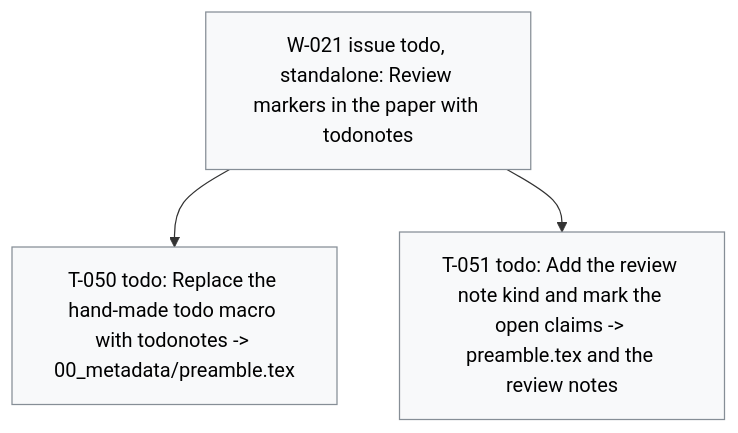
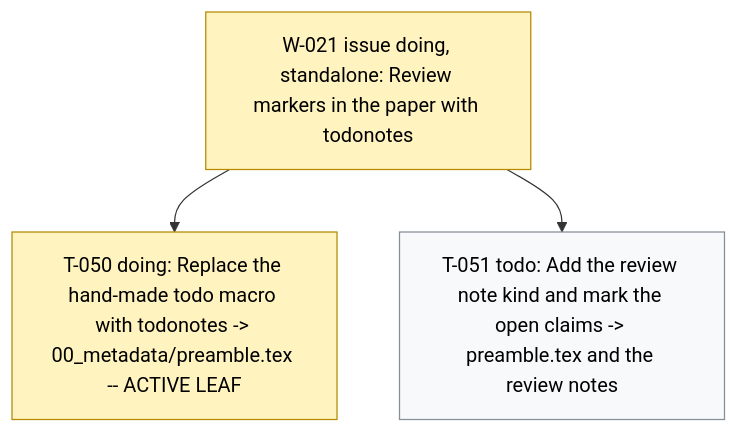
The diagram in .board/BOARD.md (dpopchev/surrogate-models), drawn with Mermaid before and after one commit. The commit also changed other lines of this file and 4 other files, not shown here.

````diff
--- a/.board/BOARD.md
+++ b/.board/BOARD.md
@@ -179,12 +179,13 @@
 ```mermaid
 flowchart TD
-  W021["W-021 issue todo, standalone: Review markers in the paper with todonotes"]
-  W021 --> T050["T-050 todo: Replace the hand-made todo macro with todonotes -> 00_metadata/preamble.tex"]
+  W021["W-021 issue doing, standalone: Review markers in the paper with todonotes"]
+  W021 --> T050["T-050 doing: Replace the hand-made todo macro with todonotes -> 00_metadata/preamble.tex -- ACTIVE LEAF"]
   W021 --> T051["T-051 todo: Add the review note kind and mark the open claims -> preamble.tex and the review notes"]
   classDef doing fill:#fff3bf,stroke:#b58900,color:#000;
   classDef blocked fill:#ffe3e3,stroke:#c92a2a,color:#000;
   classDef done fill:#e6ffed,stroke:#2b8a3e,color:#000;
   classDef todo fill:#f8f9fa,stroke:#868e96,color:#000;
   classDef pruned fill:#f1f3f5,stroke:#adb5bd,color:#000;
-  class W021,T050,T051 todo
+  class W021,T050 doing
+  class T051 todo
 ```
````
